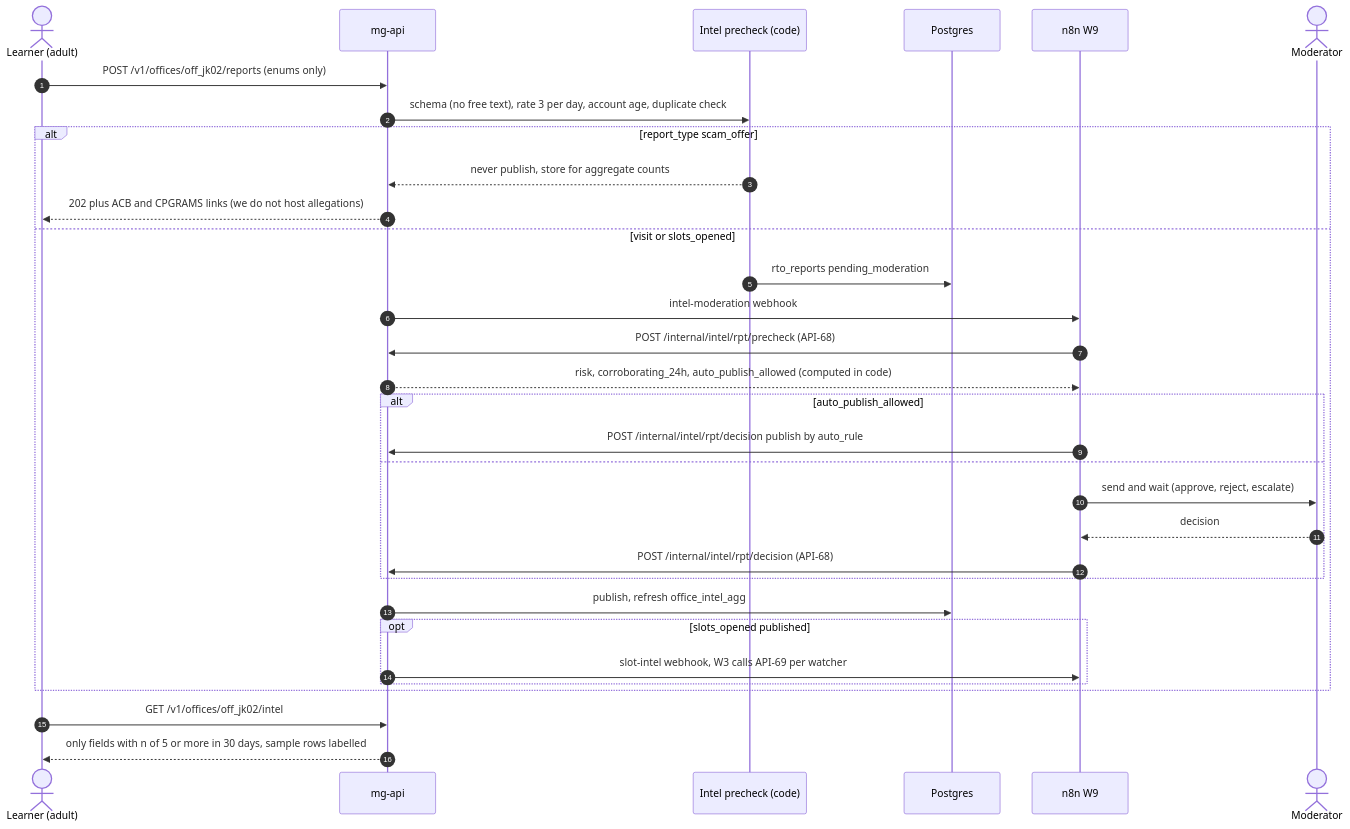
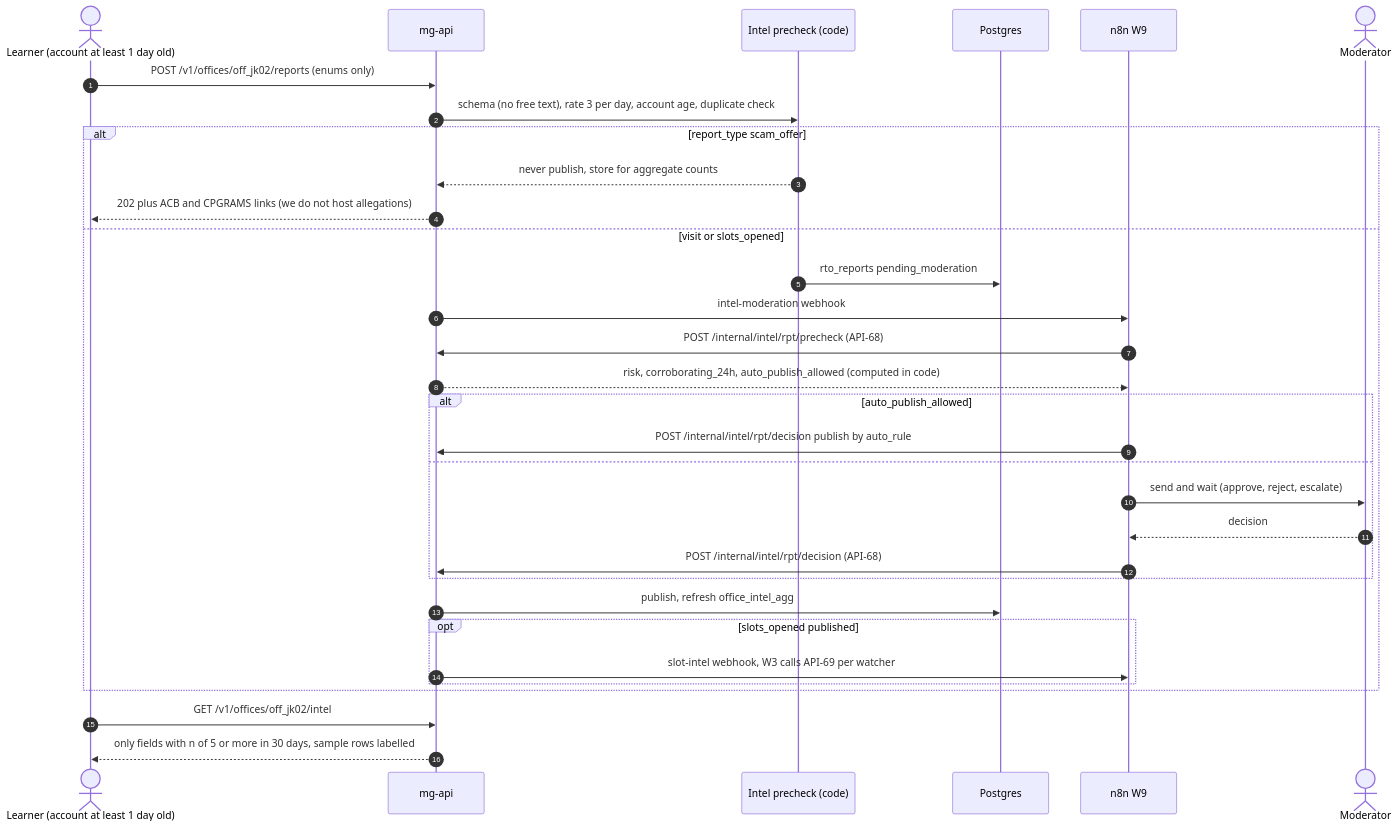
Diagram 12 of 14 in docs/03-engineering/ARCHITECTURE.md (sruj08/margadarshak), drawn with Mermaid before and after one commit. The commit also changed other lines of this file and 1326 other files, not shown here.

````diff
--- a/docs/03-engineering/ARCHITECTURE.md
+++ b/docs/03-engineering/ARCHITECTURE.md
@@ -619,34 +657,34 @@
 ```mermaid
 sequenceDiagram
   autonumber
-  actor U as Learner (adult)
+  actor U as Learner (account at least 1 day old)
   participant API as mg-api
   participant MOD as Intel precheck (code)
   participant DB as Postgres
   participant N8 as n8n W9
   actor MO as Moderator
   U->>API: POST /v1/offices/off_jk02/reports (enums only)
   API->>MOD: schema (no free text), rate 3 per day, account age, duplicate check
   alt report_type scam_offer
     MOD-->>API: never publish, store for aggregate counts
     API-->>U: 202 plus ACB and CPGRAMS links (we do not host allegations)
   else visit or slots_opened
     MOD->>DB: rto_reports pending_moderation
     API->>N8: intel-moderation webhook
     N8->>API: POST /internal/intel/rpt/precheck (API-68)
     API-->>N8: risk, corroborating_24h, auto_publish_allowed (computed in code)
     alt auto_publish_allowed
       N8->>API: POST /internal/intel/rpt/decision publish by auto_rule
     else
       N8->>MO: send and wait (approve, reject, escalate)
       MO-->>N8: decision
       N8->>API: POST /internal/intel/rpt/decision (API-68)
     end
     API->>DB: publish, refresh office_intel_agg
     opt slots_opened published
       API->>N8: slot-intel webhook, W3 calls API-69 per watcher
     end
   end
   U->>API: GET /v1/offices/off_jk02/intel
   API-->>U: only fields with n of 5 or more in 30 days, sample rows labelled
 ```
````
